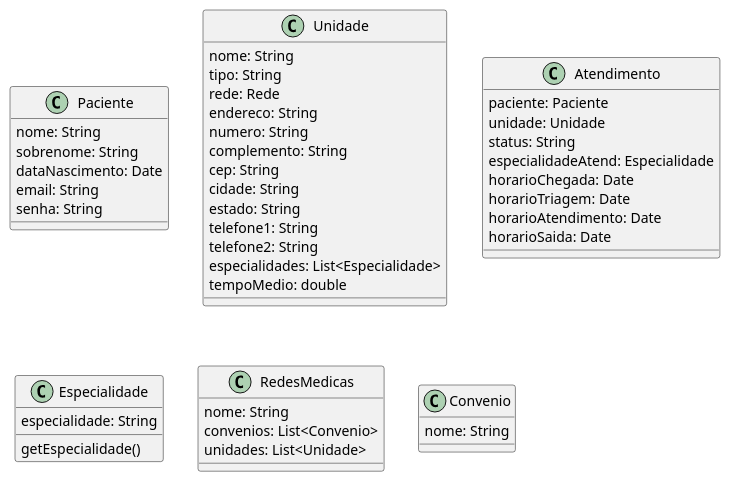
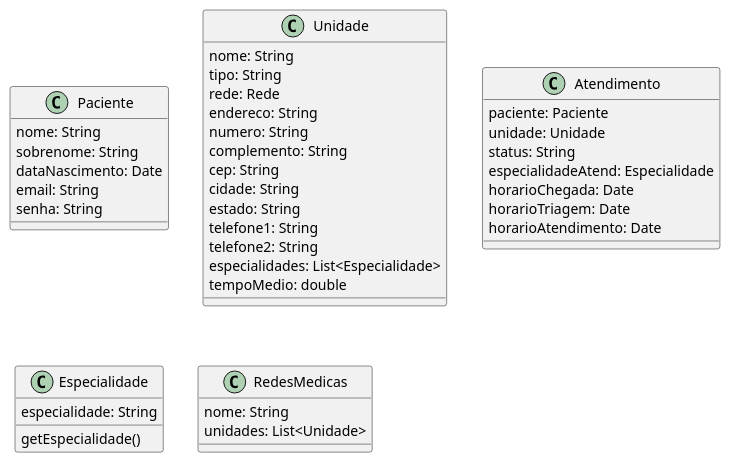
The fourth of 5 diagrams in Diagrama_casos_uso.md (PurpleLobster31/Erro404_LabEngSoftw_06N), drawn with PlantUML before and after one commit.

Commit message:
conserto do diagrama de classe de domínio

````diff
--- a/Diagrama_casos_uso.md
+++ b/Diagrama_casos_uso.md
@@ -114,56 +114,52 @@
 ```plantuml
 @startuml
 
 class Paciente {
     nome: String
     sobrenome: String
     dataNascimento: Date
     email: String
     senha: String
 }
 
 class Unidade {
     nome: String
     ' Rede pública ou privada
     tipo: String
     rede: Rede
     endereco: String
     numero: String
     complemento: String
     cep: String
     cidade: String
     estado: String
     telefone1: String
     telefone2: String
     especialidades: List<Especialidade>
     tempoMedio: double
 }
 
 class Atendimento {
     paciente: Paciente
     unidade: Unidade
     status: String
     especialidadeAtend: Especialidade
     horarioChegada: Date
     horarioTriagem: Date
     horarioAtendimento: Date
-    horarioSaida: Date
 }
 
 class Especialidade {
     especialidade: String
     getEspecialidade()
 }
 
 class RedesMedicas {
     nome: String
-    convenios: List<Convenio>
     unidades: List<Unidade>
 }
 
-class Convenio {
-    nome: String
-}
+
 
 @enduml
 ```
````
